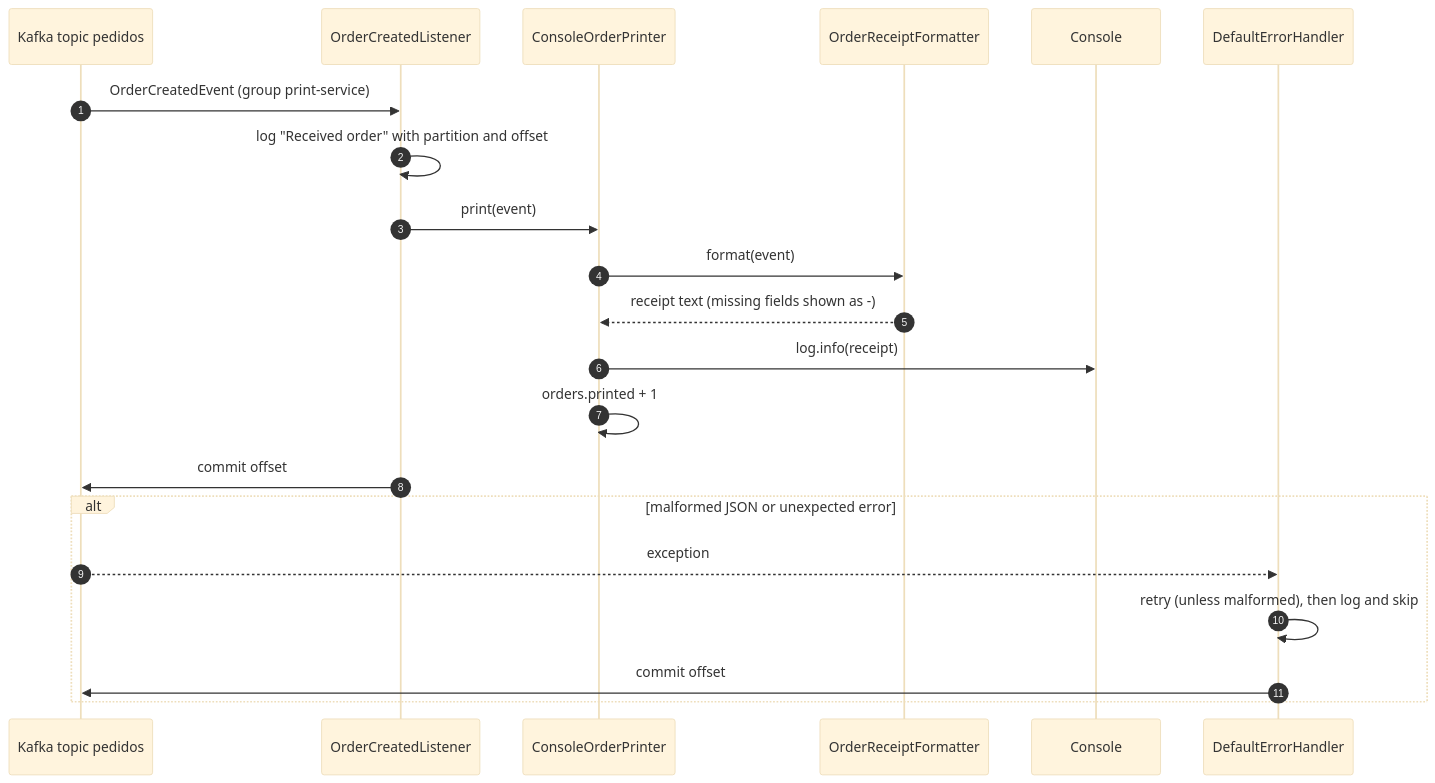
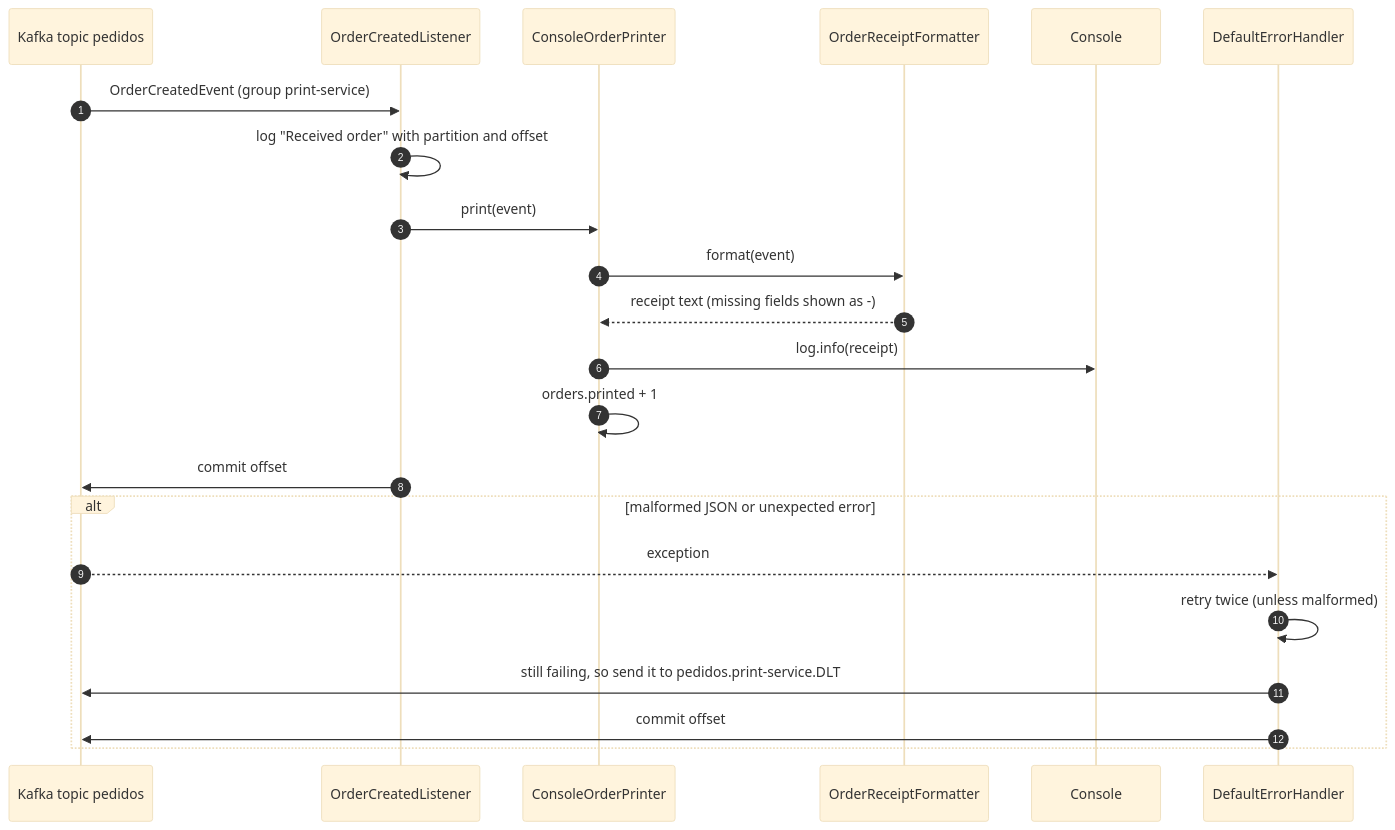
Before and after one commit to joaoalbertorsc/order-management-system: the diagram in print-service/docs/diagrams/print-order-sequence.md, drawn with Mermaid (base theme). The commit also changed 7 other files, not shown here.

````diff
--- a/print-service/docs/diagrams/print-order-sequence.md
+++ b/print-service/docs/diagrams/print-order-sequence.md
@@ -3,25 +3,26 @@
 ```mermaid
 sequenceDiagram
     autonumber
     participant K as Kafka topic pedidos
     participant L as OrderCreatedListener
     participant P as ConsoleOrderPrinter
     participant F as OrderReceiptFormatter
     participant C as Console
     participant E as DefaultErrorHandler
 
     K->>L: OrderCreatedEvent (group print-service)
     L->>L: log "Received order" with partition and offset
     L->>P: print(event)
     P->>F: format(event)
     F-->>P: receipt text (missing fields shown as -)
     P->>C: log.info(receipt)
     P->>P: orders.printed + 1
     L->>K: commit offset
 
     alt malformed JSON or unexpected error
         K-->>E: exception
-        E->>E: retry (unless malformed), then log and skip
+        E->>E: retry twice (unless malformed)
+        E->>K: still failing, so send it to pedidos.print-service.DLT
         E->>K: commit offset
     end
 ```
````
